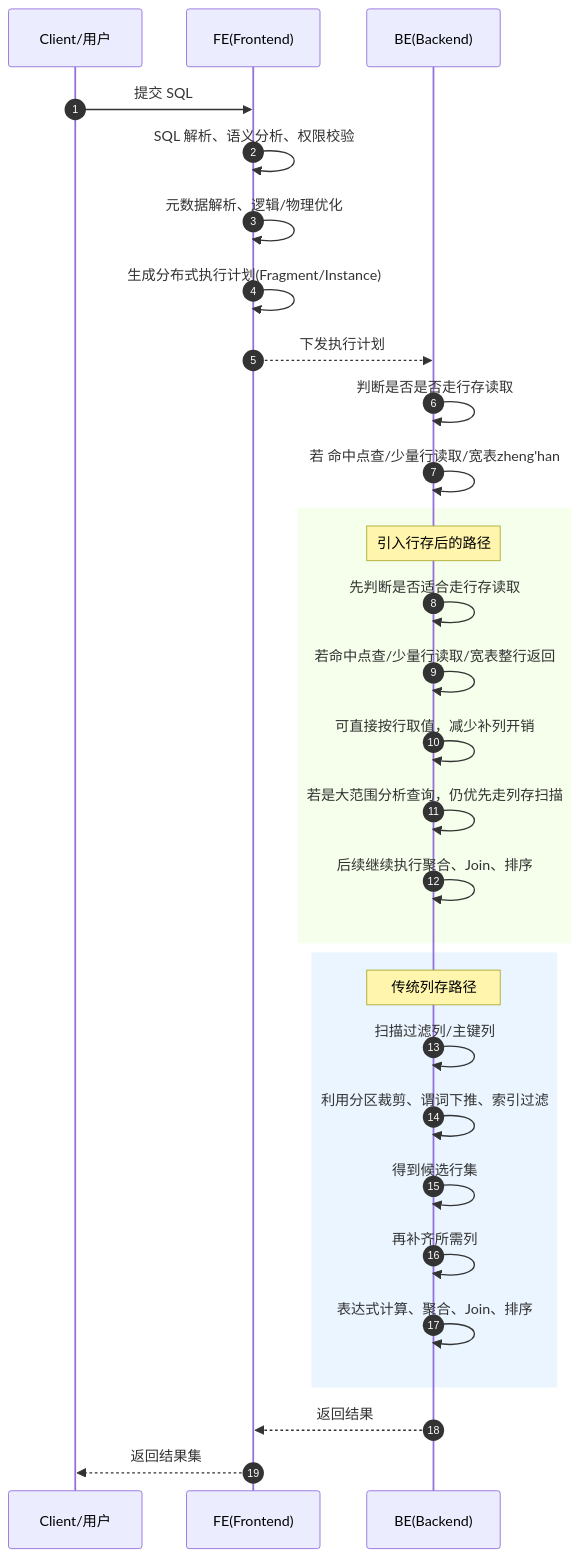
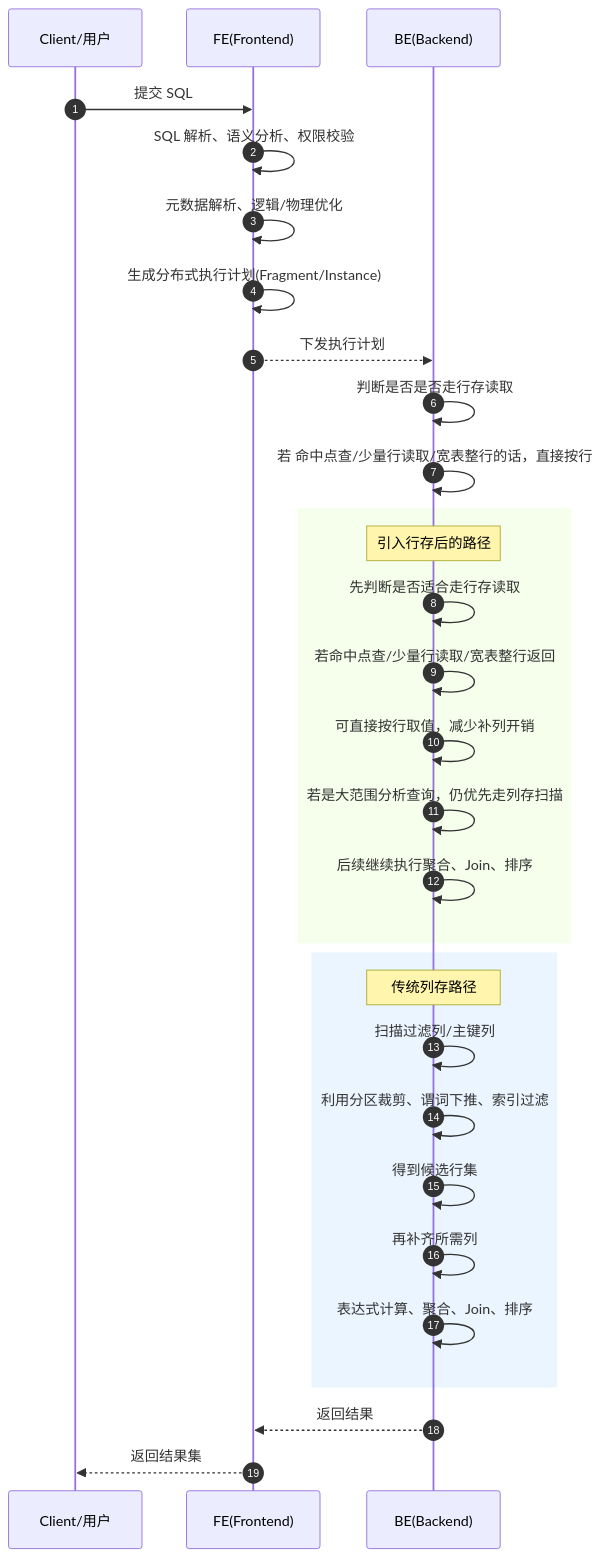
One commit to HY-10-8/iodraw-files changed the diagram in all/未命名-4.md. Above: the diagram before and after it, drawn with Mermaid.

Commit message:
2026-04-22 17:41:51 update

````diff
--- a/all/未命名-4.md
+++ b/all/未命名-4.md
@@ -1,50 +1,50 @@
 ```mermaid
 sequenceDiagram
     autonumber
 
     participant Client as Client/用户
     participant FE as FE(Frontend)
     participant BE as BE(Backend)
     
     Client->>FE: 提交 SQL
     FE->>FE: SQL 解析、语义分析、权限校验
     FE->>FE: 元数据解析、逻辑/物理优化
     FE->>FE: 生成分布式执行计划(Fragment/Instance)
     FE-->>BE: 下发执行计划
 
     BE->>BE: 判断是否是否走行存读取
-    BE->>BE: 若 命中点查/少量行读取/宽表zheng'han
+    BE->>BE: 若 命中点查/少量行读取/宽表整行的话，直接按行
 
 
 
     rect rgb(245,255,235)
         Note over BE: 引入行存后的路径
         BE->>BE: 先判断是否适合走行存读取
         BE->>BE: 若命中点查/少量行读取/宽表整行返回
         BE->>BE: 可直接按行取值，减少补列开销
         BE->>BE: 若是大范围分析查询，仍优先走列存扫描
         BE->>BE: 后续继续执行聚合、Join、排序
     end
 
 
     rect rgb(235,245,255)
         Note over BE: 传统列存路径
         BE->>BE: 扫描过滤列/主键列
         BE->>BE: 利用分区裁剪、谓词下推、索引过滤
         BE->>BE: 得到候选行集
         BE->>BE: 再补齐所需列
         BE->>BE: 表达式计算、聚合、Join、排序
     end
 
     BE-->>FE: 返回结果
     FE-->>Client: 返回结果集
 
 
 
 
 
 
 
 
 
 ```
````
